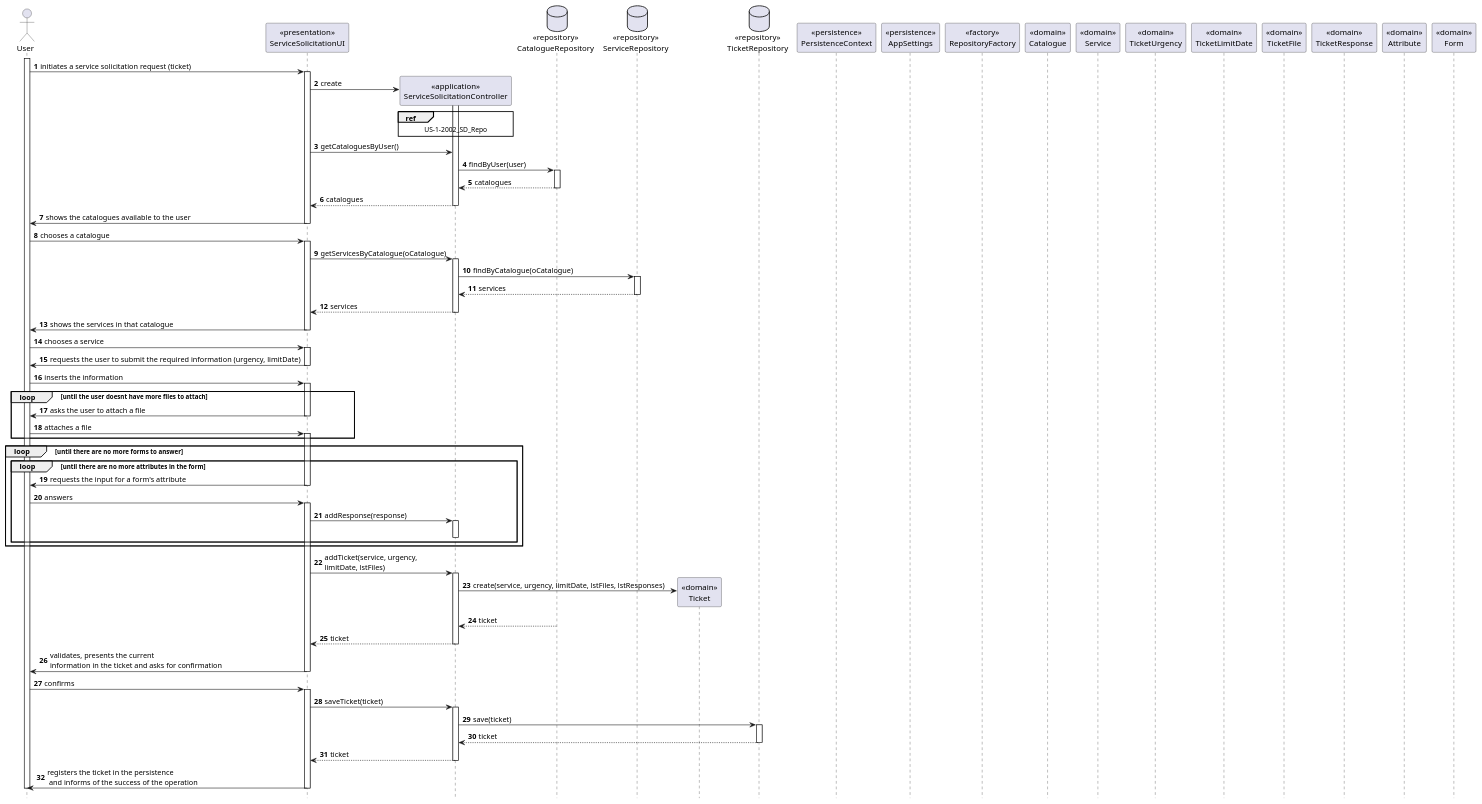
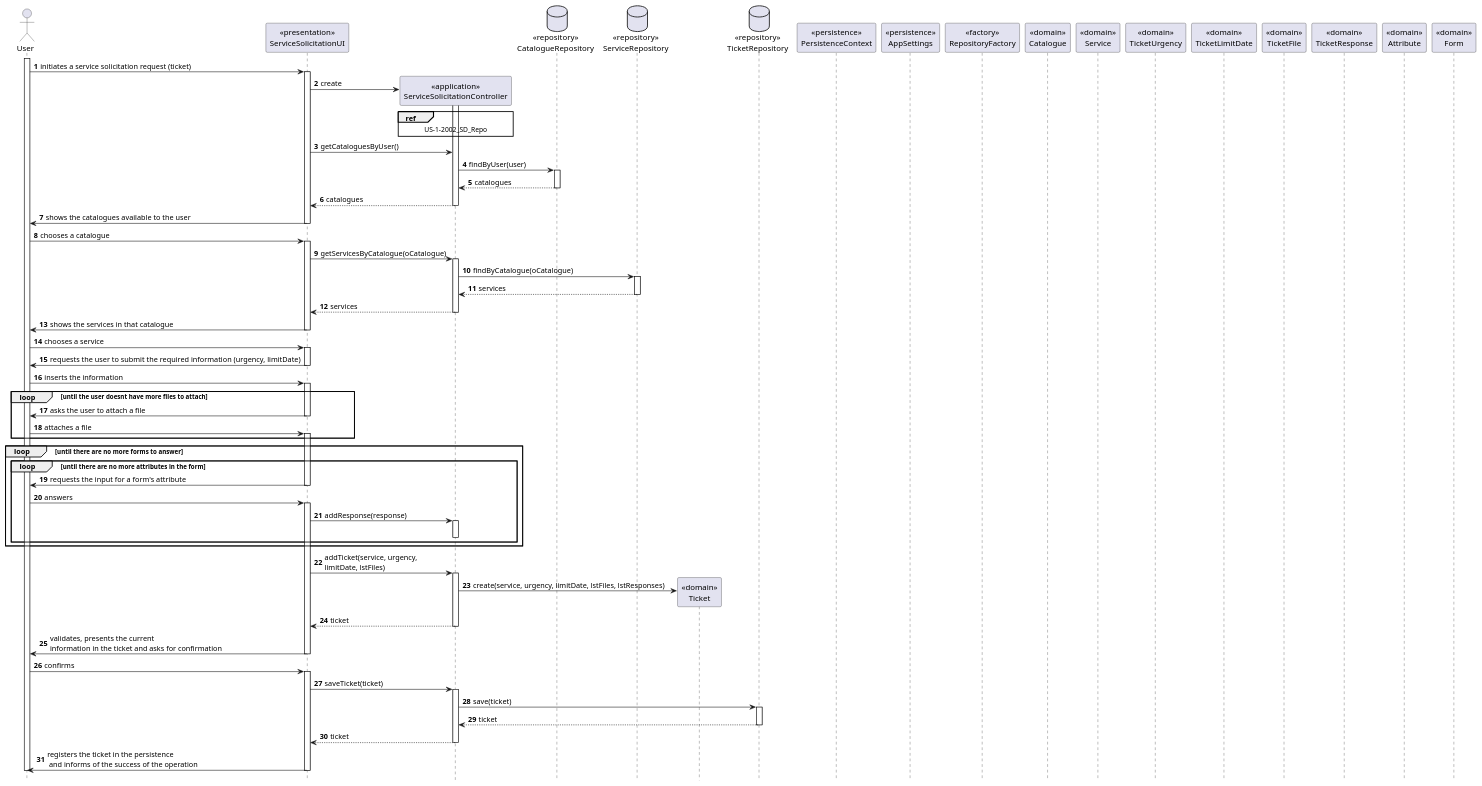
The diagram in doc/engenharia/SprintC/1190967/US-2-3002_ServiceSolicitation/US-2-3002_SD.puml (tiagoavcosta25/LAPR4), drawn with PlantUML before and after one commit. The commit also changed 1 other file, not shown here.

Commit message:
LAPR4-132 #design #fixing Sequence Diagram Changes

```diff
--- a/doc/engenharia/SprintC/1190967/US-2-3002_ServiceSolicitation/US-2-3002_SD.puml
+++ b/doc/engenharia/SprintC/1190967/US-2-3002_ServiceSolicitation/US-2-3002_SD.puml
@@ -1,130 +1,127 @@
 @startuml
 autonumber
 hide footbox
 
 actor "User" as US
 
 participant "<<presentation>>\nServiceSolicitationUI" as UI
 participant "<<application>>\nServiceSolicitationController" as CTRL
 database "<<repository>>\nCatalogueRepository" as CR
 database "<<repository>>\nServiceRepository" as SR
 participant "<<domain>>\nTicket" as T
 database "<<repository>>\nTicketRepository" as TR
 participant "<<persistence>>\nPersistenceContext" as PC
 participant "<<persistence>>\nAppSettings" as AS
 participant "<<factory>>\nRepositoryFactory" as RF
 participant "<<domain>>\nCatalogue" as C
 participant "<<domain>>\nService" as S
 participant "<<domain>>\nTicketUrgency" as TU
 participant "<<domain>>\nTicketLimitDate" as TD
 participant "<<domain>>\nTicketFile" as TF
 participant "<<domain>>\nTicketResponse" as TRS
 participant "<<domain>>\nAttribute" as A
 participant "<<domain>>\nForm" as F
 
 activate US
 
 US -> UI : initiates a service solicitation request (ticket)
 activate UI
 
 UI -> CTRL** : create
 activate CTRL
 
 ref over CTRL
   US-1-2002_SD_Repo
 end ref
 
 UI -> CTRL : getCataloguesByUser()
 
 CTRL -> CR : findByUser(user)
 activate CR
 CR --> CTRL : catalogues
 deactivate CR
 
 CTRL --> UI : catalogues
 deactivate CTRL
 
 UI -> US : shows the catalogues available to the user
 deactivate UI
 
 US -> UI : chooses a catalogue
 activate UI
 
 UI -> CTRL : getServicesByCatalogue(oCatalogue)
 activate CTRL
 
 CTRL -> SR : findByCatalogue(oCatalogue)
 activate SR
 SR --> CTRL : services
 deactivate SR
 
 CTRL --> UI : services
 deactivate CTRL
 
 UI -> US : shows the services in that catalogue
 deactivate UI
 
 US -> UI : chooses a service
 activate UI
 
 UI -> US : requests the user to submit the required information (urgency, limitDate)
 deactivate UI
 
 US -> UI : inserts the information
 activate UI
 
 loop until the user doesnt have more files to attach
 UI -> US : asks the user to attach a file
 deactivate UI
 
 US -> UI : attaches a file
 activate UI
 end
 
 loop until there are no more forms to answer
 loop until there are no more attributes in the form
 UI -> US : requests the input for a form's attribute
 deactivate UI
 
 US -> UI : answers
 activate UI
 
 UI -> CTRL : addResponse(response)
 activate CTRL
 deactivate CTRL
 end
 end
 
 UI -> CTRL : addTicket(service, urgency, \nlimitDate, lstFiles)
 activate CTRL
 
 CTRL -> T** : create(service, urgency, limitDate, lstFiles, lstResponses)
 
-CR --> CTRL : ticket
-deactivate CR
-
 CTRL --> UI : ticket
 deactivate CTRL
 
 UI -> US : validates, presents the current \ninformation in the ticket and asks for confirmation
 deactivate UI
 
 US -> UI : confirms
 activate UI
 
 UI -> CTRL : saveTicket(ticket)
 activate CTRL
 
 CTRL -> TR : save(ticket)
 activate TR
 TR --> CTRL : ticket
 deactivate TR
 
 CTRL --> UI : ticket
 deactivate CTRL
 
 UI -> US : registers the ticket in the persistence\n and informs of the success of the operation
 deactivate UI
 deactivate US
 
 @enduml
```
